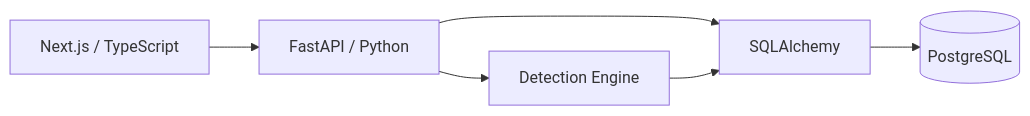
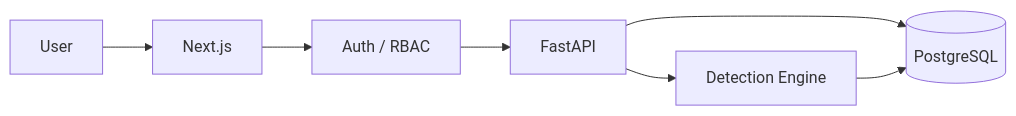
The diagram in README.md (danielguillaumont/case-zero), drawn with Mermaid before and after one commit. The commit also changed other lines of this file, not shown here.

````diff
--- a/README.md
+++ b/README.md
@@ -217,14 +199,16 @@
 ```mermaid
 flowchart LR
-    UI["Next.js / TypeScript"]
-    API["FastAPI / Python"]
+    USER["User"]
+    UI["Next.js"]
+    AUTH["Auth / RBAC"]
+    API["FastAPI"]
     DET["Detection Engine"]
-    ORM["SQLAlchemy"]
     DB[("PostgreSQL")]
 
-    UI --> API
+    USER --> UI
+    UI --> AUTH
+    AUTH --> API
     API --> DET
-    API --> ORM
-    DET --> ORM
-    ORM --> DB
+    API --> DB
+    DET --> DB
 ```
````
